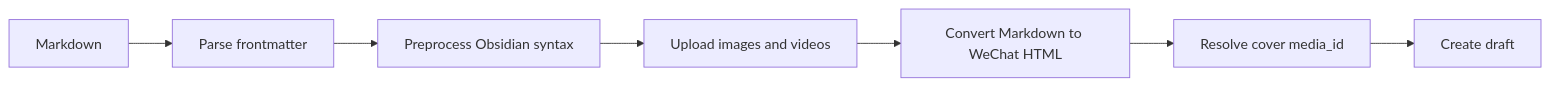
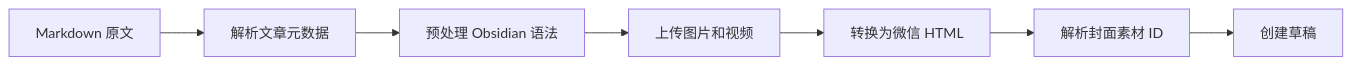
One commit to anbulang/obsidian-wechat-skill changed the diagram in README.md. Above: the diagram before and after it, drawn with Mermaid. The commit also changed other lines of this file, not shown here.

````diff
--- a/README.md
+++ b/README.md
@@ -158,9 +241,9 @@
 ```mermaid
 flowchart LR
-  A[Markdown] --> B[Parse frontmatter]
-  B --> C[Preprocess Obsidian syntax]
-  C --> D[Upload images and videos]
-  D --> E[Convert Markdown to WeChat HTML]
-  E --> F[Resolve cover media_id]
-  F --> G[Create draft]
+  A[Markdown 原文] --> B[解析文章元数据]
+  B --> C[预处理 Obsidian 语法]
+  C --> D[上传图片和视频]
+  D --> E[转换为微信 HTML]
+  E --> F[解析封面素材 ID]
+  F --> G[创建草稿]
 ```
````
